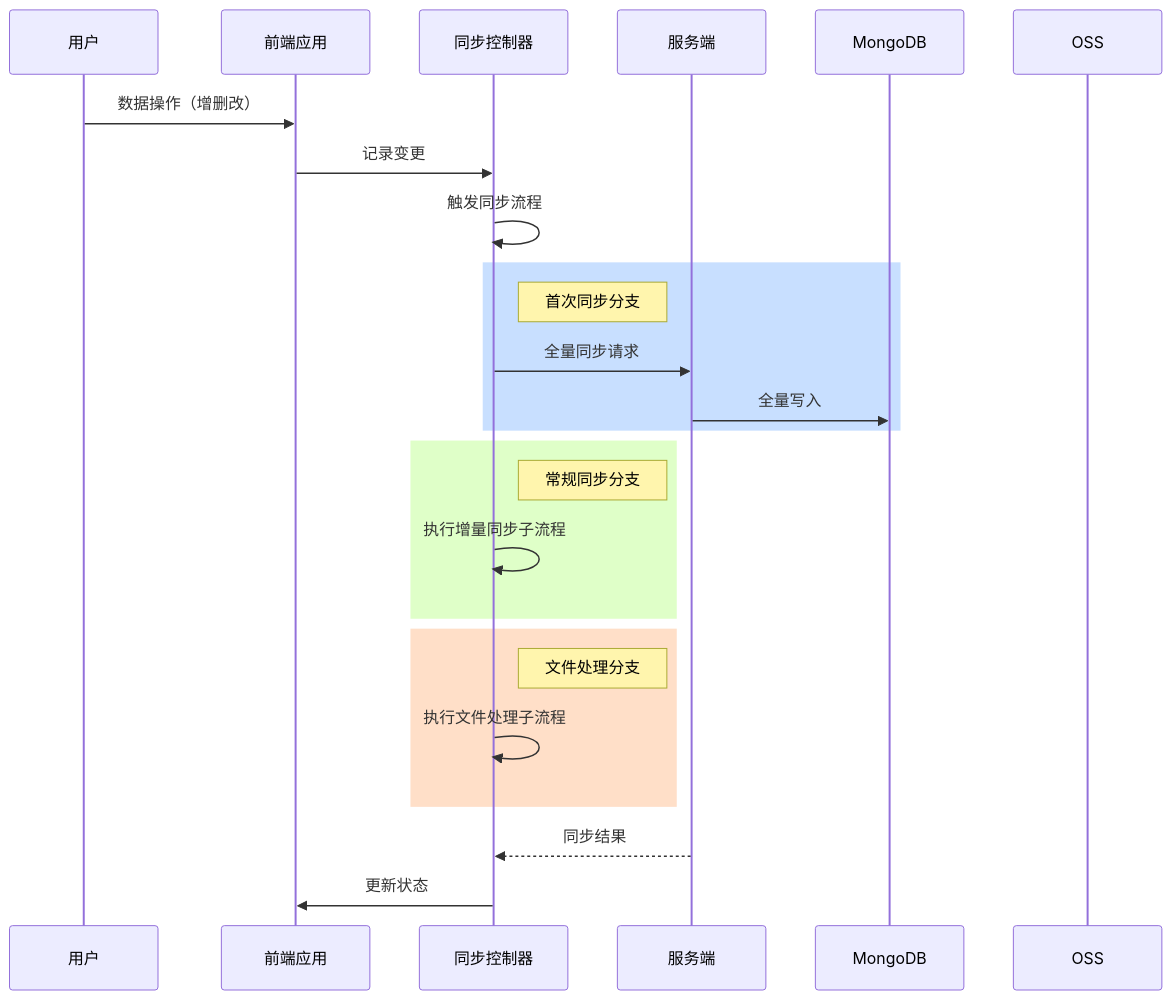
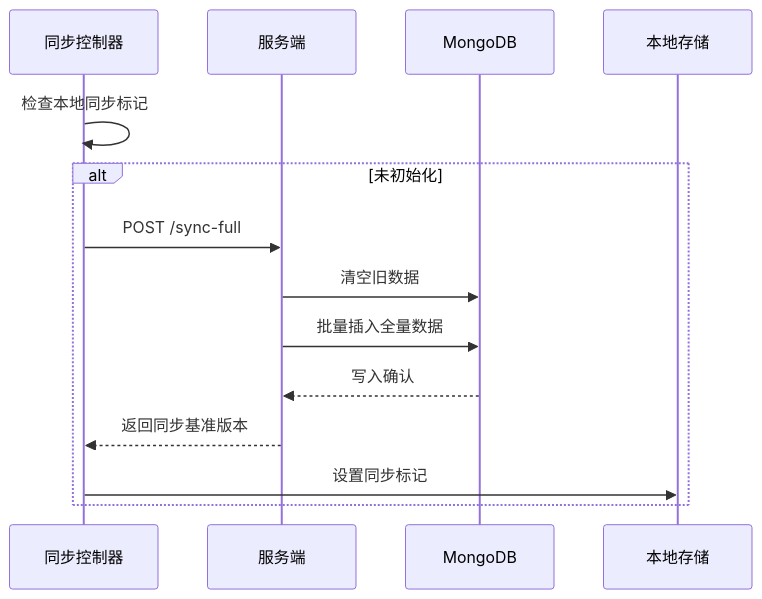
Before and after one commit to yingjianzh/iodraw-files: the diagram in all/未命名-24.md, drawn with Mermaid.

Commit message:
2025-02-21 18:16:34 update

````diff
--- a/all/未命名-24.md
+++ b/all/未命名-24.md
@@ -1,32 +1,16 @@
 ```mermaid
 sequenceDiagram
-    participant 用户
-    participant 前端应用
     participant 同步控制器
     participant 服务端
     participant MongoDB
-    participant OSS
 
-    用户->>前端应用: 数据操作（增删改）
-    前端应用->>同步控制器: 记录变更
-    同步控制器->>同步控制器: 触发同步流程
-    
-    rect rgb(200,223,255)
-    Note right of 同步控制器: 首次同步分支
-    同步控制器->>服务端: 全量同步请求
-    服务端->>MongoDB: 全量写入
+    同步控制器->>同步控制器: 检查本地同步标记
+    alt 未初始化
+        同步控制器->>服务端: POST /sync-full
+        服务端->>MongoDB: 清空旧数据
+        服务端->>MongoDB: 批量插入全量数据
+        MongoDB-->>服务端: 写入确认
+        服务端-->>同步控制器: 返回同步基准版本
+        同步控制器->>本地存储: 设置同步标记
     end
-
-    rect rgb(223,255,200)
-    Note right of 同步控制器: 常规同步分支
-    同步控制器->>同步控制器: 执行增量同步子流程
-    end
-
-    rect rgb(255,223,200)
-    Note right of 同步控制器: 文件处理分支
-    同步控制器->>同步控制器: 执行文件处理子流程
-    end
-
-    服务端-->>同步控制器: 同步结果
-    同步控制器->>前端应用: 更新状态
 ```
````
